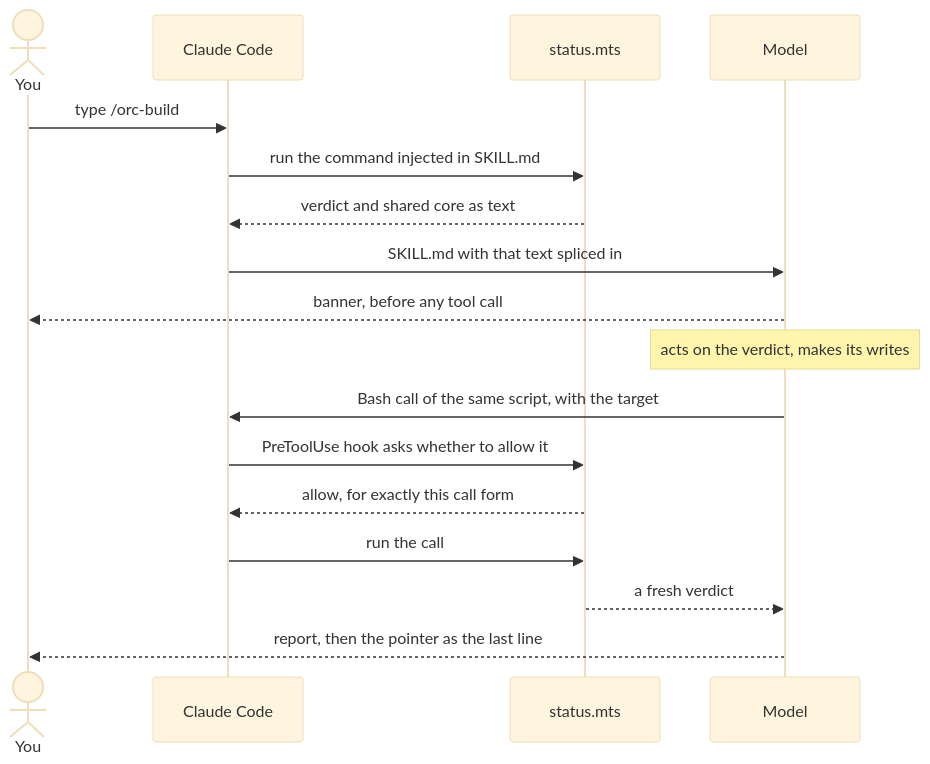
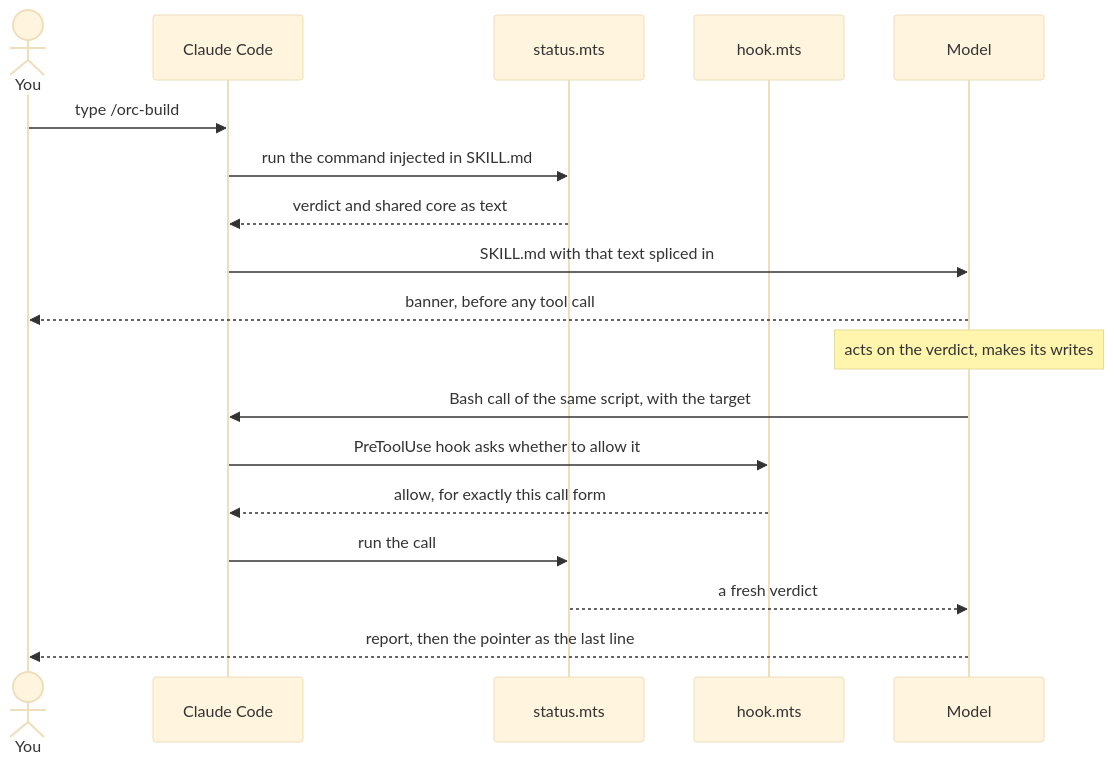
The first of 2 diagrams in docs/how-it-works.md (Siddharth-Khattar/orchestra), drawn with Mermaid (base theme) before and after one commit. The commit also changed other lines of this file and 27 other files, not shown here.

````diff
--- a/docs/how-it-works.md
+++ b/docs/how-it-works.md
@@ -95,19 +96,20 @@
 ```mermaid
 sequenceDiagram
     actor U as You
     participant CC as Claude Code
     participant S as status.mts
+    participant H as hook.mts
     participant M as Model
     U->>CC: type /orc-build
     CC->>S: run the command injected in SKILL.md
     S-->>CC: verdict and shared core as text
     CC->>M: SKILL.md with that text spliced in
     M-->>U: banner, before any tool call
     Note over M: acts on the verdict, makes its writes
     M->>CC: Bash call of the same script, with the target
-    CC->>S: PreToolUse hook asks whether to allow it
-    S-->>CC: allow, for exactly this call form
+    CC->>H: PreToolUse hook asks whether to allow it
+    H-->>CC: allow, for exactly this call form
     CC->>S: run the call
     S-->>M: a fresh verdict
     M-->>U: report, then the pointer as the last line
 ```
````
